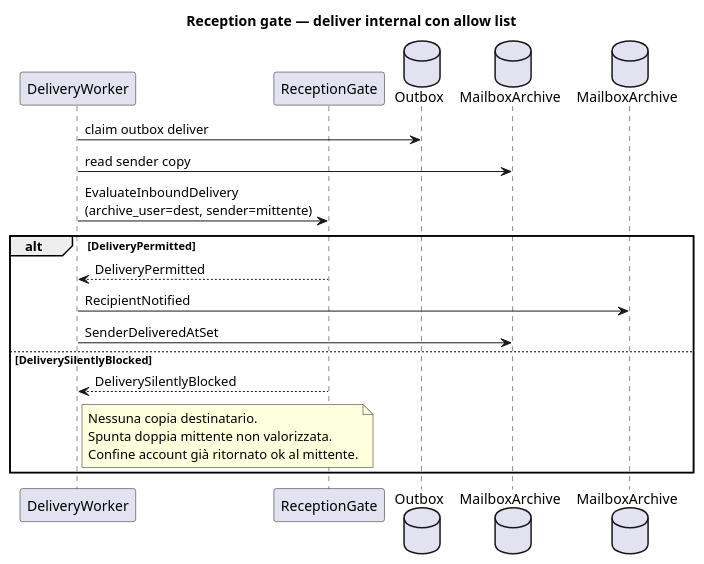
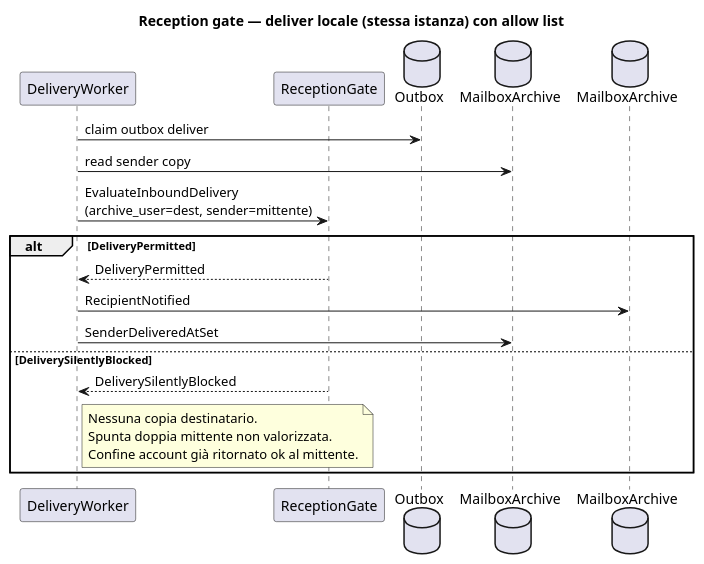
One commit to alfred-im/alfred-im changed the diagram in docs/model/uml/delivery/seq-reception-gate.puml. Above: the diagram before and after it, drawn with PlantUML. The commit also changed 18 other files, not shown here.

```diff
--- a/docs/model/uml/delivery/seq-reception-gate.puml
+++ b/docs/model/uml/delivery/seq-reception-gate.puml
@@ -1,32 +1,32 @@
 @startuml seq-reception-gate
 ' Context: delivery + reception
 ' Profile: platform
 ' SDD: SYS-RECEPTION-005–010
 ' Revision: 2026-07-27
 
-title Reception gate — deliver internal con allow list
+title Reception gate — deliver locale (stessa istanza) con allow list
 
 participant "DeliveryWorker" as DW
 participant "ReceptionGate" as GATE
 database "Outbox" as OB
 database "MailboxArchive" as SM
 database "MailboxArchive" as DM
 
 DW -> OB : claim outbox deliver
 DW -> SM : read sender copy
 DW -> GATE : EvaluateInboundDelivery\n(archive_user=dest, sender=mittente)
 
 alt DeliveryPermitted
   GATE --> DW : DeliveryPermitted
   DW -> DM : RecipientNotified
   DW -> SM : SenderDeliveredAtSet
 else DeliverySilentlyBlocked
   GATE --> DW : DeliverySilentlyBlocked
   note right of DW
     Nessuna copia destinatario.
     Spunta doppia mittente non valorizzata.
     Confine account già ritornato ok al mittente.
   end note
 end
 
 @enduml
```
